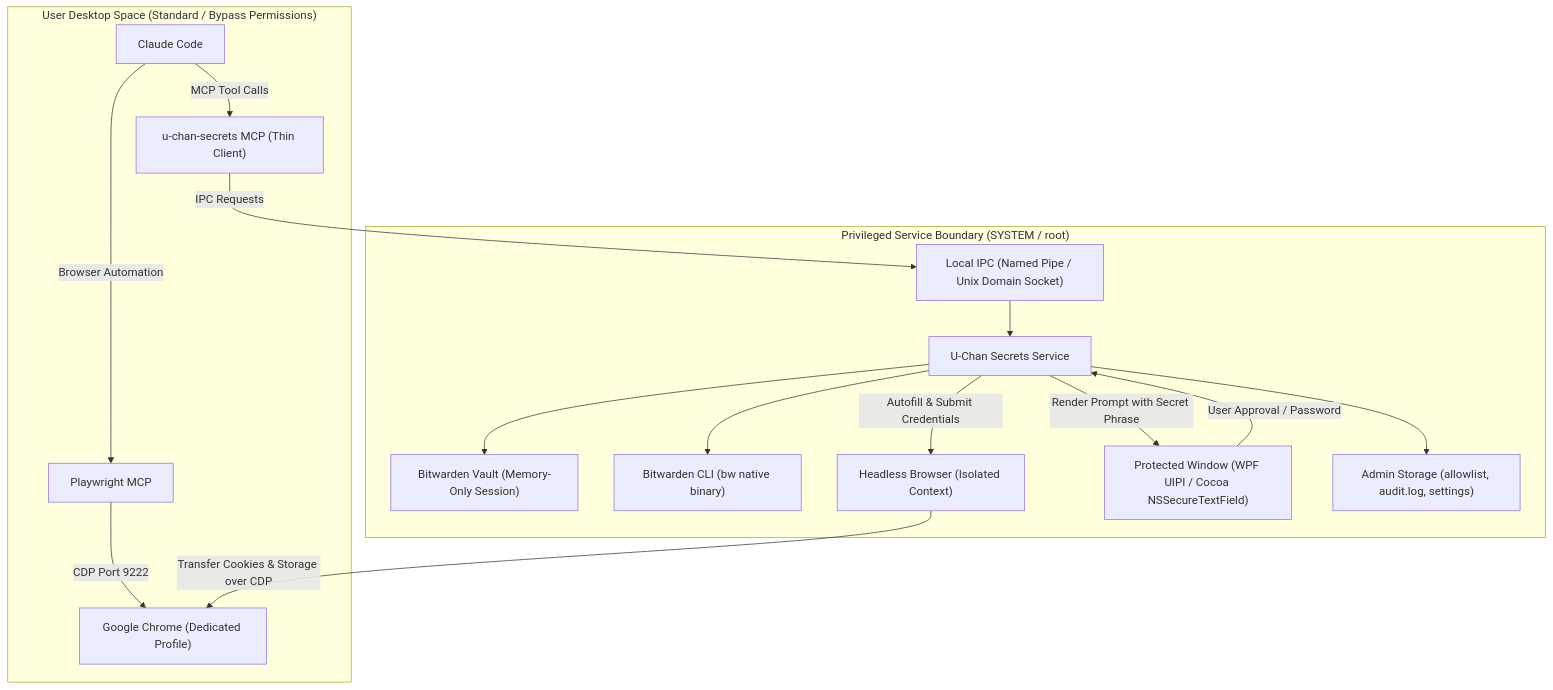
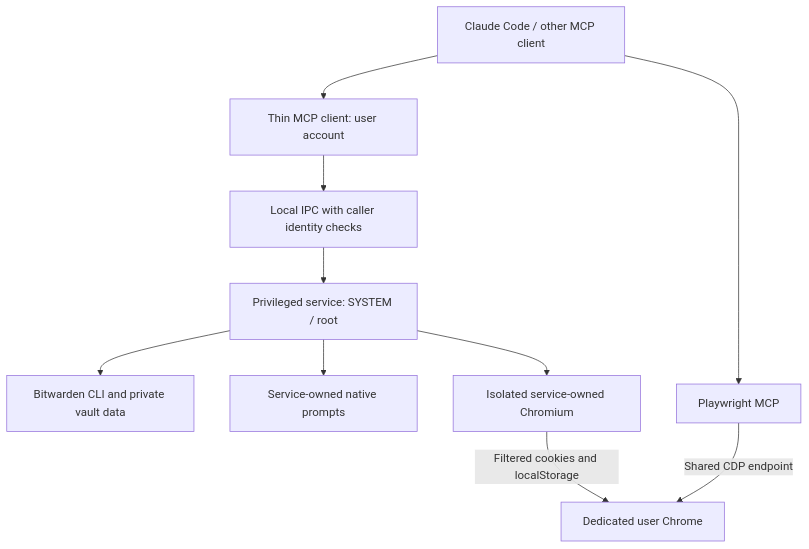
The diagram in README.md (anchuwithdeadline/u-chan-secrets), drawn with Mermaid before and after one commit. The commit also changed other lines of this file and 5 other files, not shown here.

````diff
--- a/README.md
+++ b/README.md
@@ -68,32 +21,12 @@
 ```mermaid
 flowchart TD
-    subgraph UserSpace["User Desktop Space (Standard / Bypass Permissions)"]
-        CC["Claude Code"]
-        PW["Playwright MCP"]
-        THIN["u-chan-secrets MCP (Thin Client)"]
-        CHROME["Google Chrome (Dedicated Profile)"]
-    end
-
-    subgraph ServiceSpace["Privileged Service Boundary (SYSTEM / root)"]
-        IPC["Local IPC (Named Pipe / Unix Domain Socket)"]
-        CORE["U-Chan Secrets Service"]
-        VAULT["Bitwarden Vault (Memory-Only Session)"]
-        BWCLI["Bitwarden CLI (bw native binary)"]
-        SBROWSER["Headless Browser (Isolated Context)"]
-        PROMPT["Protected Window (WPF UIPI / Cocoa NSSecureTextField)"]
-        STORAGE["Admin Storage (allowlist, audit.log, settings)"]
-    end
-
-    CC -->|"MCP Tool Calls"| THIN
-    CC -->|"Browser Automation"| PW
-    PW -->|"CDP Port 9222"| CHROME
-    THIN -->|"IPC Requests"| IPC
-    IPC --> CORE
-    CORE --> VAULT
-    CORE --> BWCLI
-    CORE --> STORAGE
-    CORE -->|"Render Prompt with Secret Phrase"| PROMPT
-    PROMPT -->|"User Approval / Password"| CORE
-    CORE -->|"Autofill & Submit Credentials"| SBROWSER
-    SBROWSER -->|"Transfer Cookies & Storage over CDP"| CHROME
+    AI["Claude Code / other MCP client"] --> MCP["Thin MCP client: user account"]
+    MCP --> IPC["Local IPC with caller identity checks"]
+    IPC --> SERVICE["Privileged service: SYSTEM / root"]
+    SERVICE --> VAULT["Bitwarden CLI and private vault data"]
+    SERVICE --> PROMPT["Service-owned native prompts"]
+    SERVICE --> BROWSER["Isolated service-owned Chromium"]
+    BROWSER -->|"Filtered cookies and localStorage"| CHROME["Dedicated user Chrome"]
+    AI --> PW["Playwright MCP"]
+    PW -->|"Shared CDP endpoint"| CHROME
 ```
````
